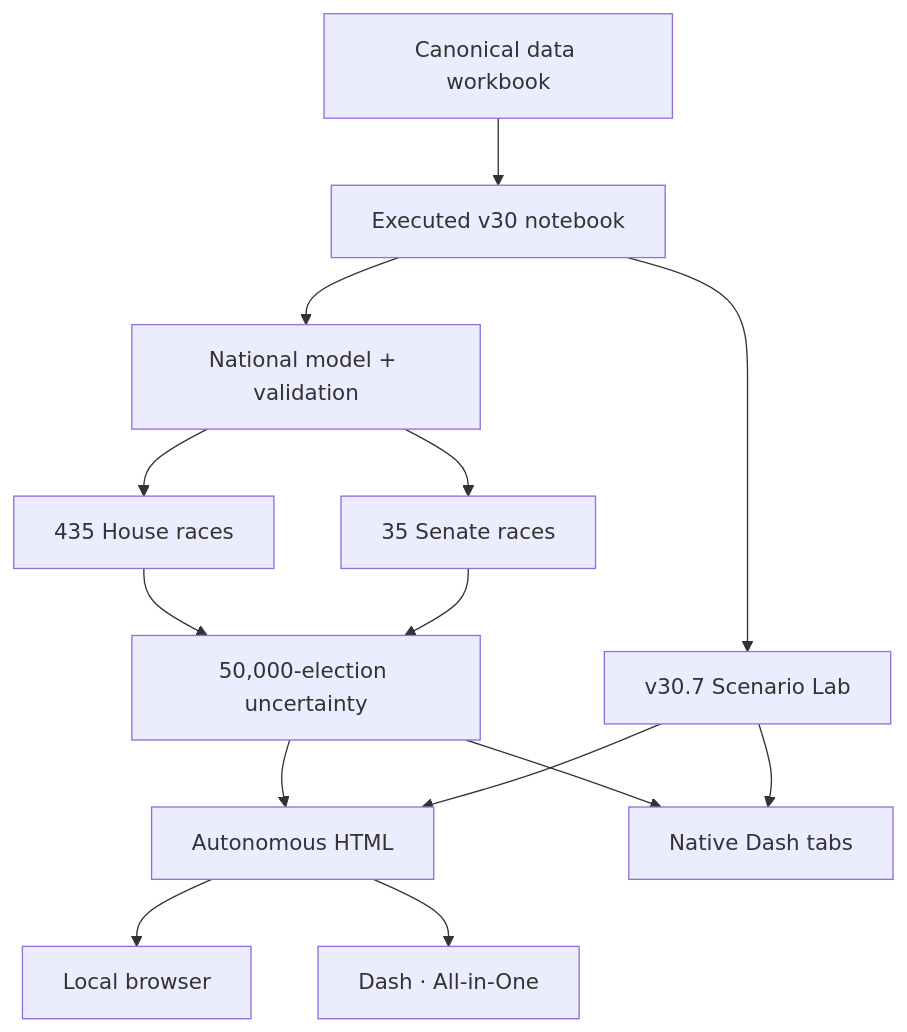
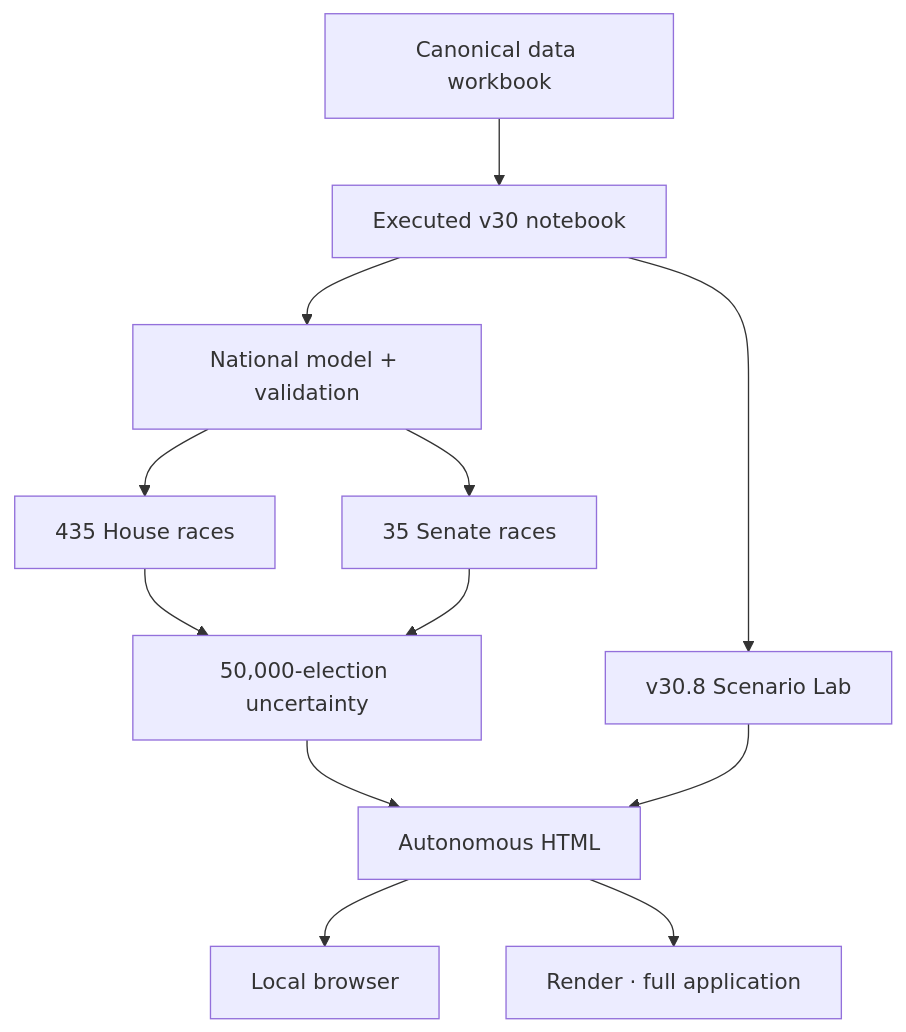
One commit to juaniflls/midterms-2026-forecast changed the diagram in README.md. Above: the diagram before and after it, drawn with Mermaid. The commit also changed other lines of this file and 240 other files, not shown here.

````diff
--- a/README.md
+++ b/README.md
@@ -65,16 +65,14 @@
 ```mermaid
 flowchart TD
     A["Canonical data workbook"] --> B["Executed v30 notebook"]
     B --> C["National model + validation"]
     C --> D["435 House races"]
     C --> E["35 Senate races"]
     D --> F["50,000-election uncertainty"]
     E --> F
-    B --> G["v30.7 Scenario Lab"]
+    B --> G["v30.8 Scenario Lab"]
     F --> H["Autonomous HTML"]
     G --> H
     H --> I["Local browser"]
-    H --> J["Dash · All-in-One"]
-    F --> K["Native Dash tabs"]
-    G --> K
+    H --> J["Render · full application"]
 ```
````
